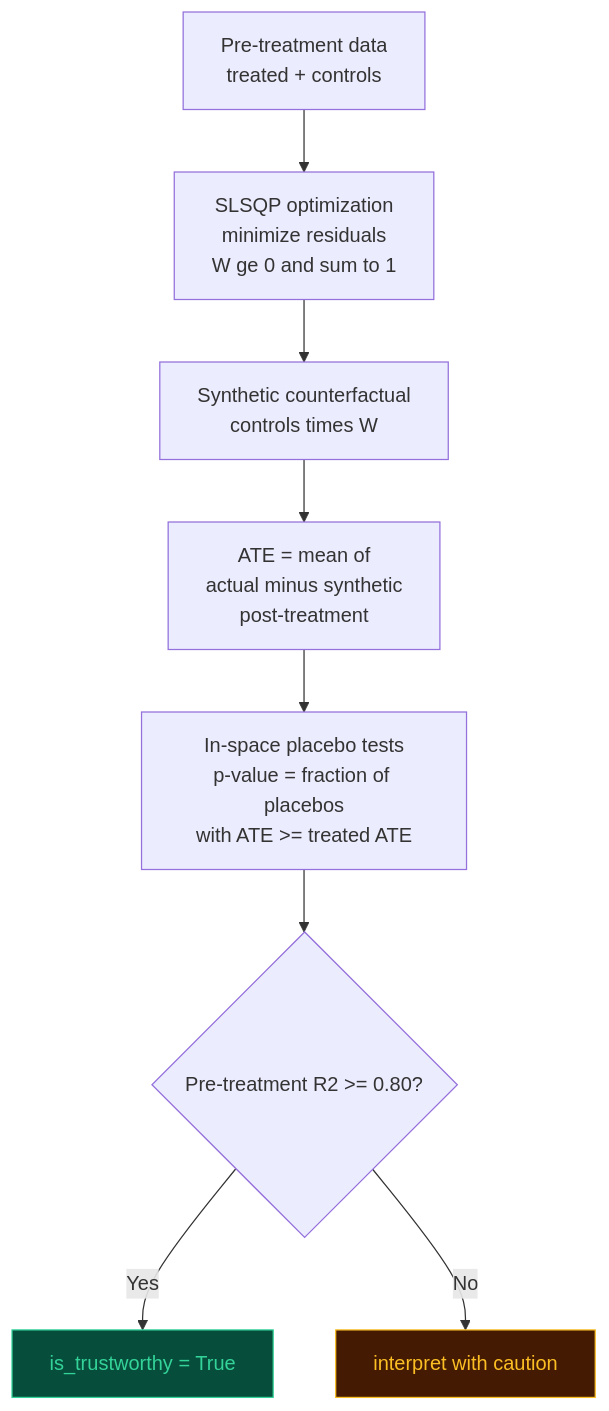
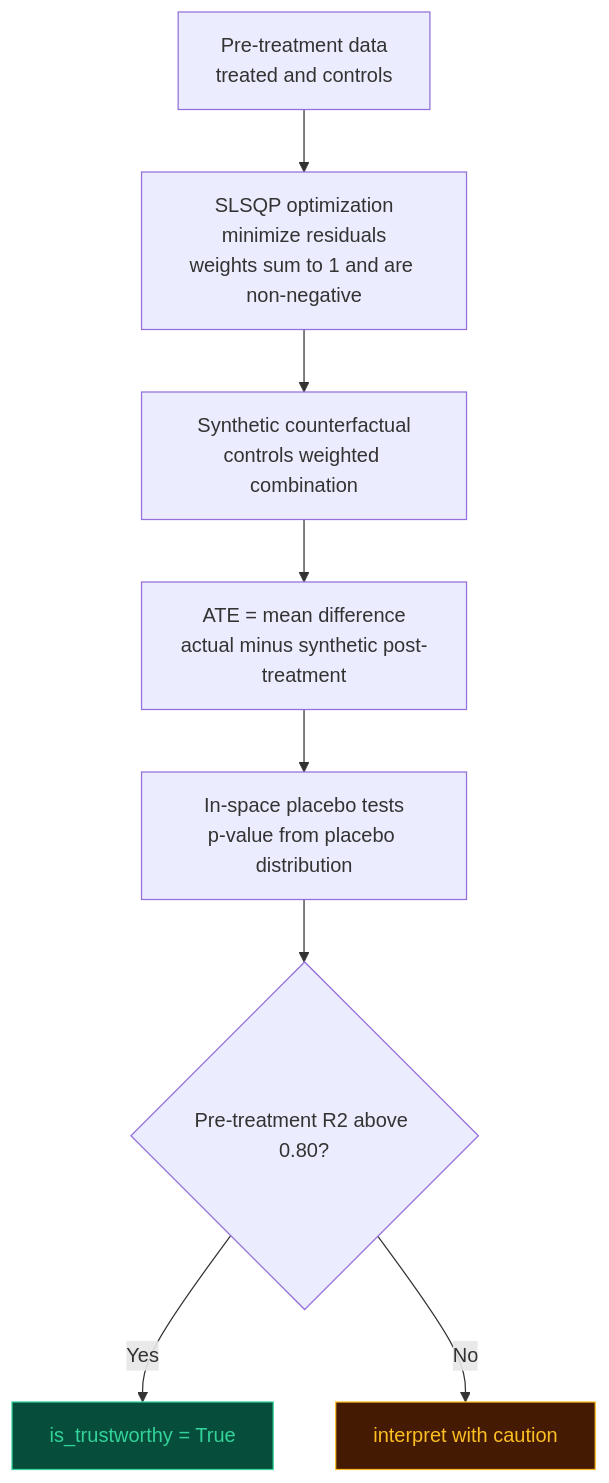
Before and after one commit to Om7035/butterfly-effect: the second of 3 diagrams in ReadMe.md, drawn with Mermaid. The commit also changed other lines of this file, not shown here.

````diff
--- a/ReadMe.md
+++ b/ReadMe.md
@@ -187,13 +226,13 @@
 ```mermaid
 flowchart TD
-    A[Pre-treatment data\ntreated + controls] --> B[SLSQP optimization\nminimize residuals\nW ge 0 and sum to 1]
-    B --> C[Synthetic counterfactual\ncontrols times W]
-    C --> D[ATE = mean of\nactual minus synthetic\npost-treatment]
-    D --> E[In-space placebo tests\np-value = fraction of placebos\nwith ATE >= treated ATE]
-    E --> F{Pre-treatment R2 >= 0.80?}
+    A[Pre-treatment data\ntreated and controls] --> B[SLSQP optimization\nminimize residuals\nweights sum to 1 and are non-negative]
+    B --> C[Synthetic counterfactual\ncontrols weighted combination]
+    C --> D[ATE = mean difference\nactual minus synthetic post-treatment]
+    D --> E[In-space placebo tests\np-value from placebo distribution]
+    E --> F{Pre-treatment R2 above 0.80?}
     F -->|Yes| G[is_trustworthy = True]
     F -->|No| H[interpret with caution]
 
     style G fill:#064e3b,color:#34d399,stroke:#34d399
     style H fill:#451a03,color:#fbbf24,stroke:#fbbf24
 ```
````
